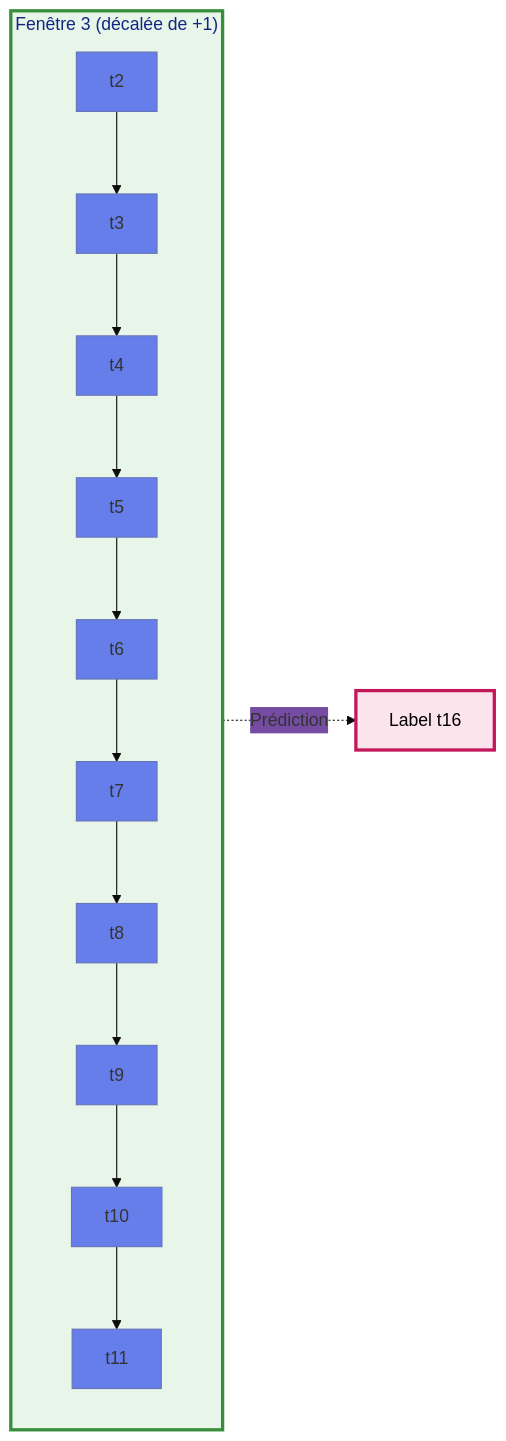
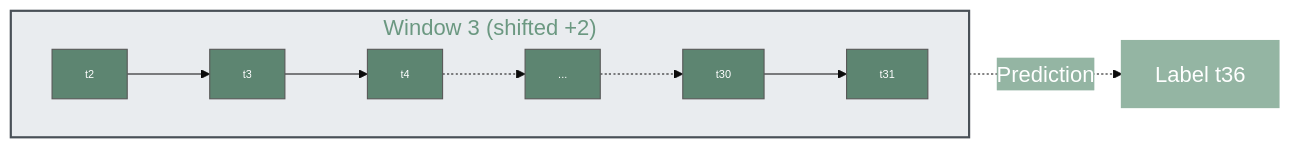
One commit to tilleli/Ddos-attack-forecasting changed the third of 3 diagrams in README.md. Above: the diagram before and after it, drawn with Mermaid. The commit also changed other lines of this file, not shown here.

````diff
--- a/README.md
+++ b/README.md
@@ -76,12 +196,19 @@
 ```mermaid
-%%{init: {'theme':'base', 'themeVariables': { 'primaryColor':'#667eea','secondaryColor':'#764ba2'}}}%%
+%%{init: {'theme':'base', 'themeVariables': { 'primaryColor':'#5D8571','secondaryColor':'#94B5A3', 'fontSize':'20px', 'primaryTextColor':'#ffffff', 'secondaryTextColor':'#ffffff'}}}%%
 graph LR
-    subgraph Window3["Fenêtre 3 (décalée de +1)"]
-        C2[t2] --> C3[t3] --> C4[t4] --> C5[t5] --> C6[t6] --> C7[t7] --> C8[t8] --> C9[t9] --> C10[t10] --> C11[t11]
+    subgraph Window3["Window 3 (shifted +2)"]
+        direction LR
+        C2[t2] --> C3[t3] --> C4[t4] -.-> C5[...] -.-> C30[t30] --> C31[t31]
     end
     
-    Window3 -.->|Prédiction| P3[Label t16]
+    Window3 -.->|Prediction| P3[Label t36]
     
-    style Window3 fill:#e8f5e9,stroke:#388e3c,stroke-width:3px
-    style P3 fill:#fce4ec,stroke:#c2185b,stroke-width:3px,color:#000
+    style Window3 fill:#e9ecef,stroke:#495057,stroke-width:2px, 'fontSize':'20px
+    style P3 fill:#94B5A3,stroke:#94B5A3,stroke-width:2px,color:#ffffff, 'fontSize':'20px
+    style C2 font-size:10px
+    style C3 font-size:10px
+    style C4 font-size:10px
+    style C5 font-size:10px
+    style C30 font-size:10px
+    style C31 font-size:10px
 ```
````
